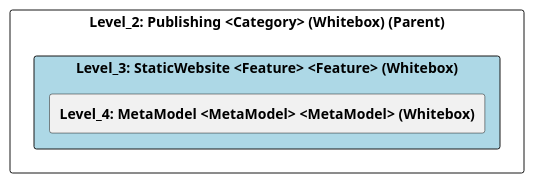
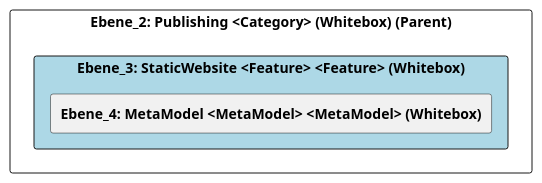
Before and after one commit to marcozwyssig/cleon: the diagram in doc/cleonproject_deliverables_architecture_model_architecture/adoc/de/05_bausteinsicht/cleon/publishing/staticwebsite/ebene_3_staticwebsite.adoc, drawn with PlantUML. The commit also changed other lines of this file and 150 other files, not shown here.

```diff
--- a/doc/cleonproject_deliverables_architecture_model_architecture/adoc/de/05_bausteinsicht/cleon/publishing/staticwebsite/ebene_3_staticwebsite.adoc
+++ b/doc/cleonproject_deliverables_architecture_model_architecture/adoc/de/05_bausteinsicht/cleon/publishing/staticwebsite/ebene_3_staticwebsite.adoc
@@ -20,26 +20,24 @@
-[plantuml, Level_3: StaticWebsite <Feature> <Feature> (Whitebox)BlockOverview, format="svg"]
+[plantuml, Ebene_3: StaticWebsite <Feature> <Feature> (Whitebox)BlockOverview, format="svg"]
 ----
-@startuml Level_3: StaticWebsite <Feature> <Feature> (Whitebox)BuildingBlockOverview
+@startuml Ebene_3: StaticWebsite <Feature> <Feature> (Whitebox)BuildingBlockOverview
 
 skinparam ranksep 10
 skinparam componentStyle rectangle
 skinparam shadowing false
 skinparam arrowColor lightblue
 skinparam arrowThickness 1.2
 skinparam rectangle {
   BackgroundColor White
   BorderColor #333
   RoundCorner 10
 }
 top to bottom direction
 
-component "Level_2: Publishing <Category> (Whitebox) (Parent)" {
-    component "Level_3: StaticWebsite <Feature> <Feature> (Whitebox)" #lightblue {
-        [**Level_4: MetaModel <MetaModel> <MetaModel> (Whitebox)**] as 4A570577_D579_11EE_903E_9F564E4DE07E
+component "Ebene_2: Publishing <Category> (Whitebox) (Parent)" {
+    component "Ebene_3: StaticWebsite <Feature> <Feature> (Whitebox)" #lightblue {
+        [**Ebene_4: MetaModel <MetaModel> <MetaModel> (Whitebox)**] as 4A570577_D579_11EE_903E_9F564E4DE07E
     }
-
-    
 }
 
 @enduml
 ----
```
